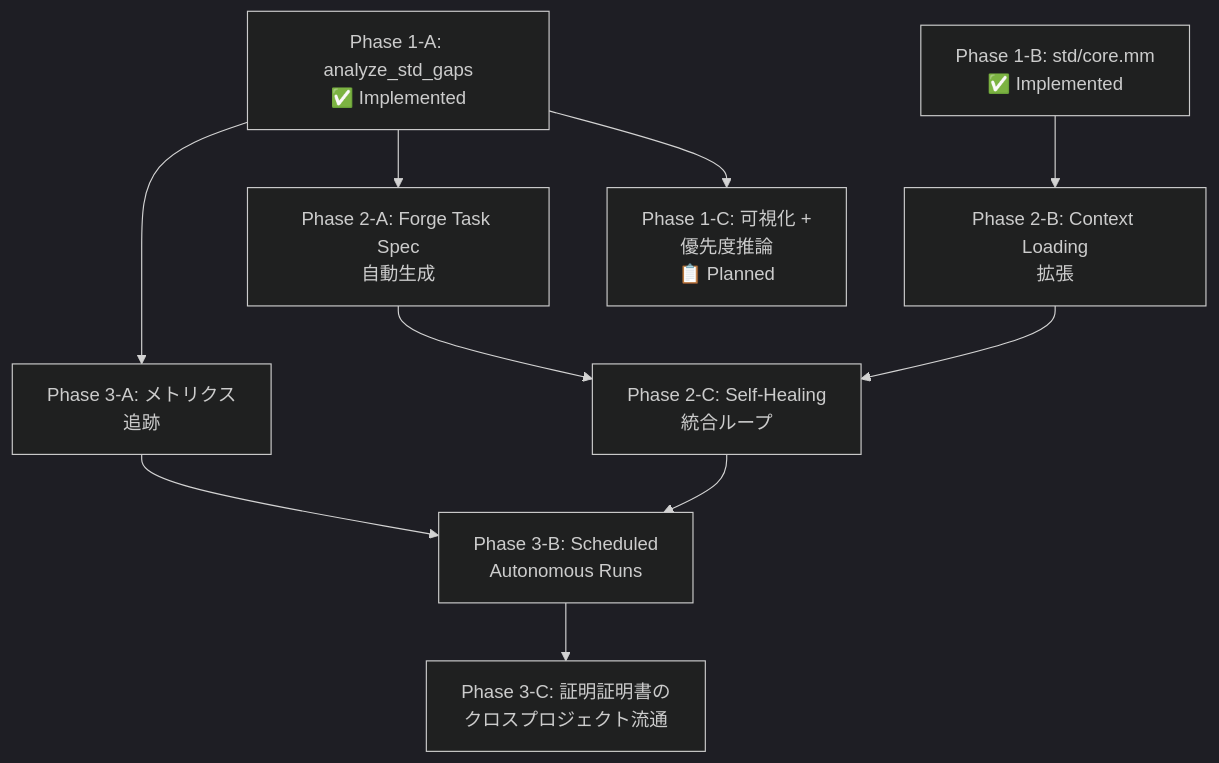
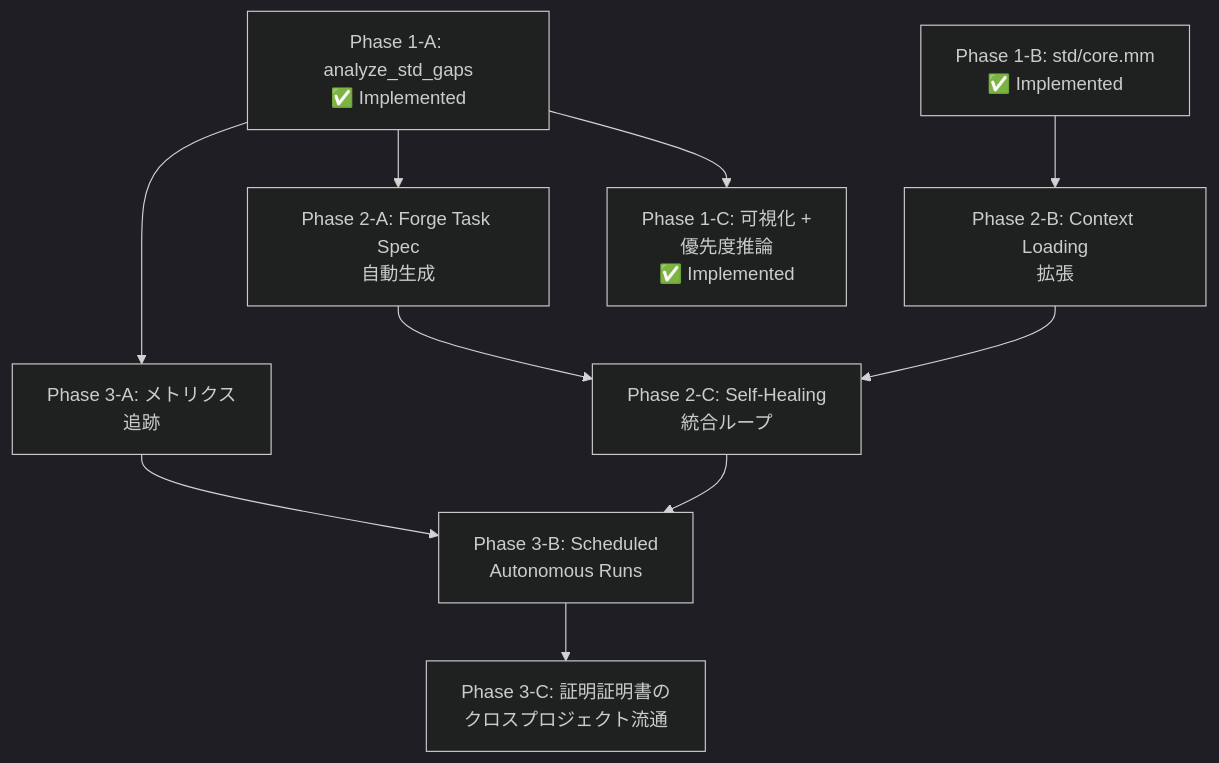
Before and after one commit to mumei-lang/mumei: the second of 3 diagrams in docs/CROSS_PROJECT_ROADMAP.md, drawn with Mermaid (dark theme). The commit also changed other lines of this file and 10 other files, not shown here.

````diff
--- a/docs/CROSS_PROJECT_ROADMAP.md
+++ b/docs/CROSS_PROJECT_ROADMAP.md
@@ -618,12 +630,12 @@
 ```mermaid
 graph TD
-    P1A["Phase 1-A: analyze_std_gaps\n✅ Implemented"] --> P1C["Phase 1-C: 可視化 +\n優先度推論\n📋 Planned"]
+    P1A["Phase 1-A: analyze_std_gaps\n✅ Implemented"] --> P1C["Phase 1-C: 可視化 +\n優先度推論\n✅ Implemented"]
     P1B["Phase 1-B: std/core.mm\n✅ Implemented"] --> P2B["Phase 2-B: Context Loading\n拡張"]
     P1A --> P2A["Phase 2-A: Forge Task Spec\n自動生成"]
     P2A --> P2C["Phase 2-C: Self-Healing\n統合ループ"]
     P2B --> P2C
     P2C --> P3B["Phase 3-B: Scheduled\nAutonomous Runs"]
     P1A --> P3A["Phase 3-A: メトリクス\n追跡"]
     P3A --> P3B
     P3B --> P3C["Phase 3-C: 証明証明書の\nクロスプロジェクト流通"]
 ```
````
